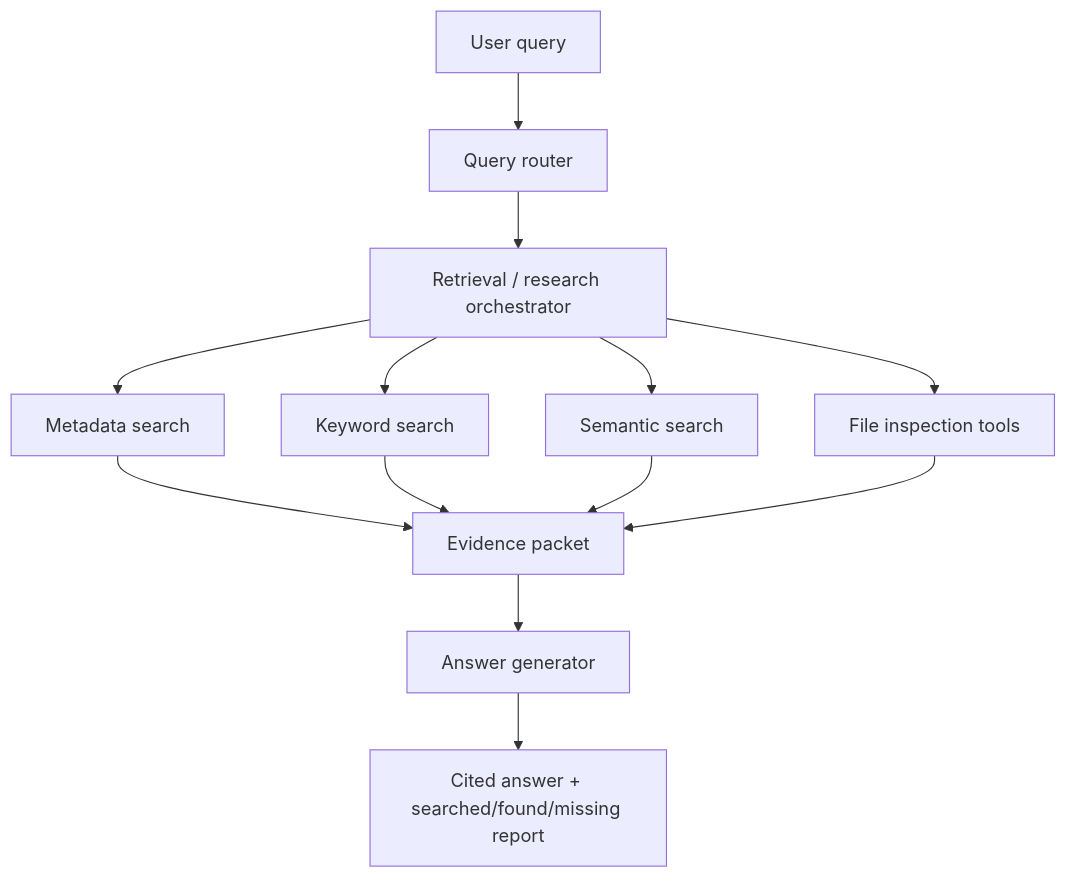
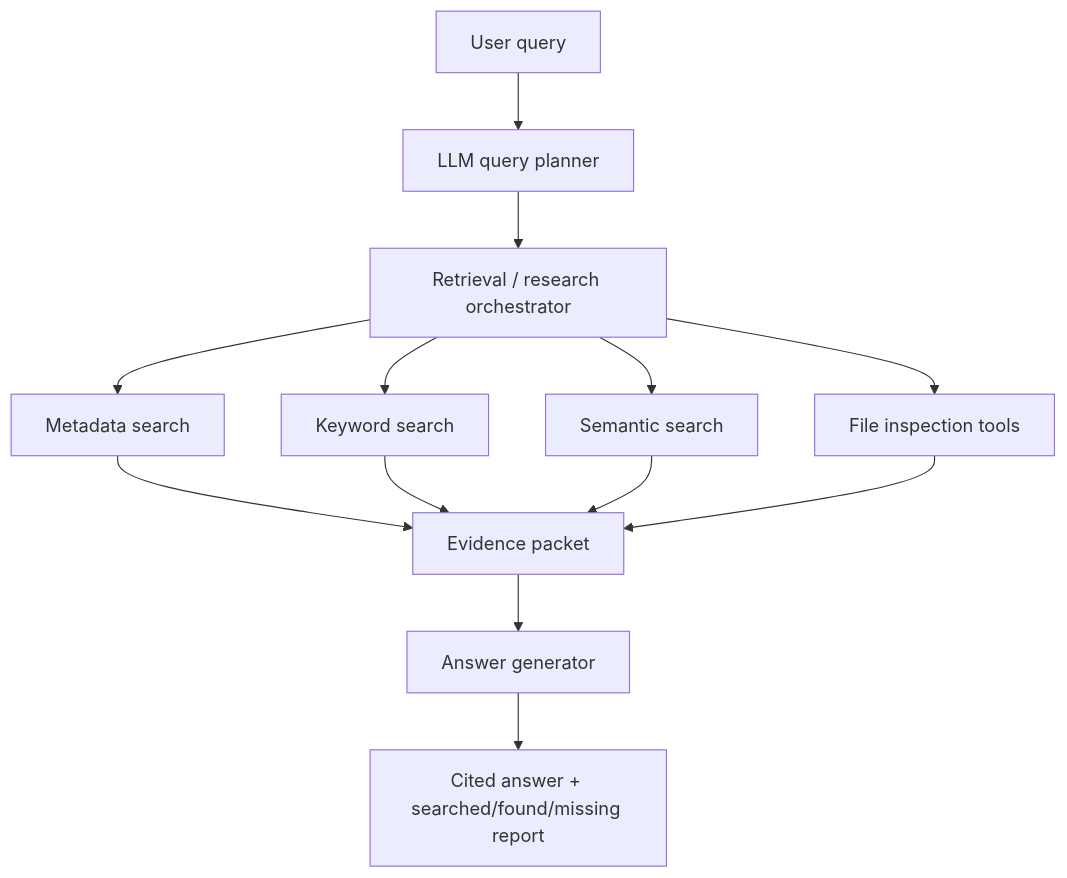
One commit to samikayyal/uni-RAG-agent changed the diagram in context/project_overview.md. Above: the diagram before and after it, drawn with Mermaid. The commit also changed other lines of this file and 25 other files, not shown here.

````diff
--- a/context/project_overview.md
+++ b/context/project_overview.md
@@ -13,15 +13,15 @@
 ```mermaid
 graph TD
-    A["User query"] --> B["Query router"]
+    A["User query"] --> B["LLM query planner"]
     B --> C["Retrieval / research orchestrator"]
     C --> D["Metadata search"]
     C --> E["Keyword search"]
     C --> F["Semantic search"]
     C --> G["File inspection tools"]
     D --> H["Evidence packet"]
     E --> H
     F --> H
     G --> H
     H --> I["Answer generator"]
     I --> J["Cited answer + searched/found/missing report"]
 ```
````
